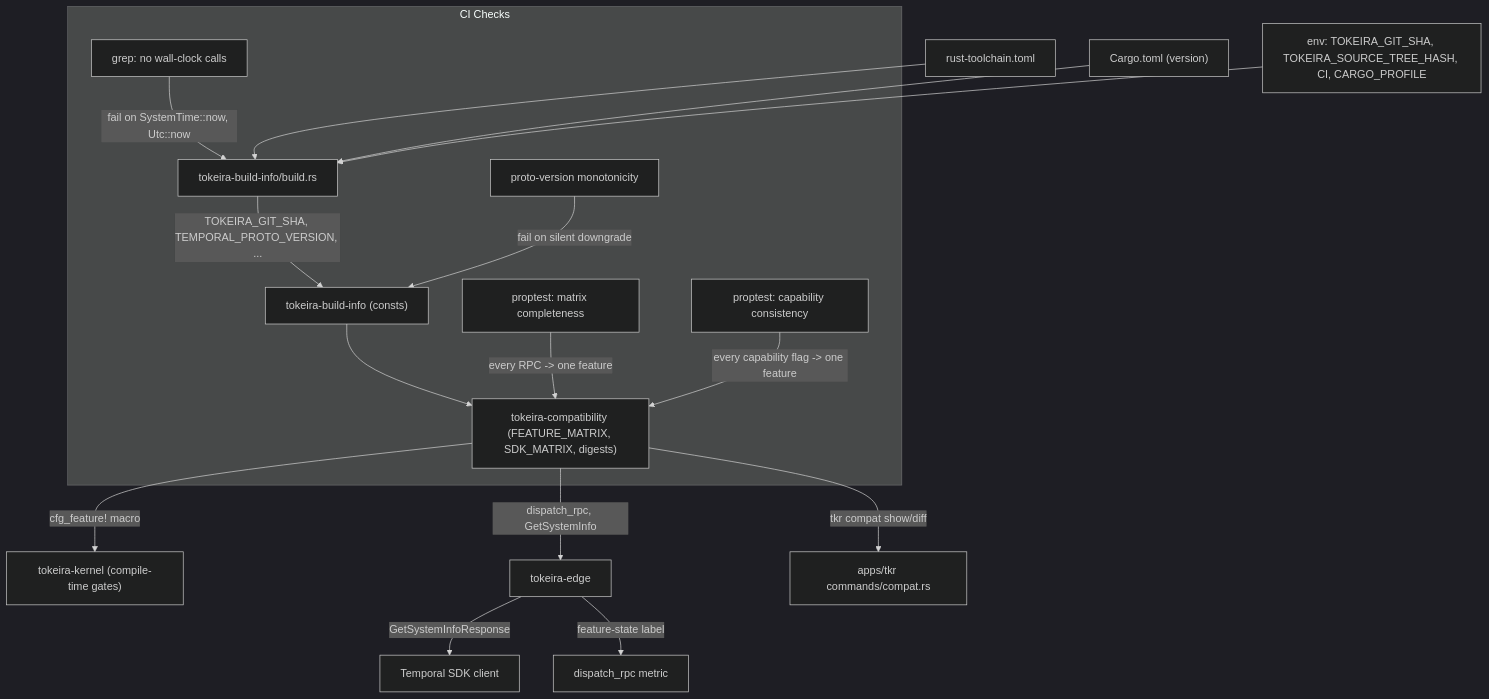
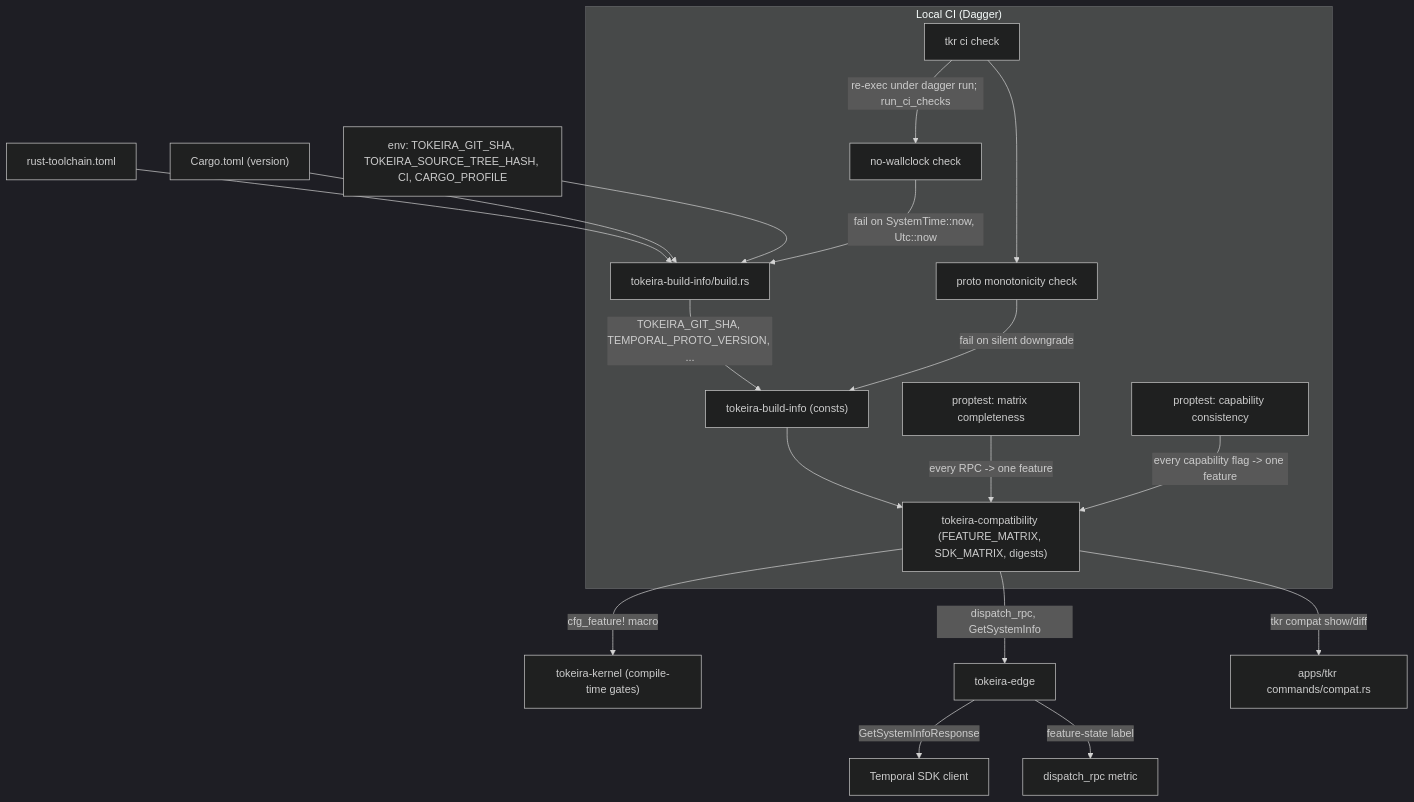
The diagram in .kiro/specs/temporal-compatibility/design.md (tokeira/tokeira), drawn with Mermaid (dark theme) before and after one commit. The commit also changed other lines of this file and 2 other files, not shown here.

````diff
--- a/.kiro/specs/temporal-compatibility/design.md
+++ b/.kiro/specs/temporal-compatibility/design.md
@@ -27,22 +27,24 @@
 ```mermaid
 graph TD
     BuildRs["tokeira-build-info/build.rs"] -->|"TOKEIRA_GIT_SHA, TEMPORAL_PROTO_VERSION, ..."| BuildInfo["tokeira-build-info (consts)"]
     RustToolchain["rust-toolchain.toml"] --> BuildRs
     CargoToml["Cargo.toml (version)"] --> BuildRs
     EnvVars["env: TOKEIRA_GIT_SHA, TOKEIRA_SOURCE_TREE_HASH, CI, CARGO_PROFILE"] --> BuildRs
 
     BuildInfo --> Compat["tokeira-compatibility (FEATURE_MATRIX, SDK_MATRIX, digests)"]
     Compat -->|"cfg_feature! macro"| Kernel["tokeira-kernel (compile-time gates)"]
     Compat -->|"dispatch_rpc, GetSystemInfo"| Edge["tokeira-edge"]
     Compat -->|"tkr compat show/diff"| CLI["apps/tkr commands/compat.rs"]
 
     Edge -->|"GetSystemInfoResponse"| SdkClient["Temporal SDK client"]
     Edge -->|"feature-state label"| Metrics["dispatch_rpc metric"]
 
-    subgraph "CI Checks"
-      GrepCheck["grep: no wall-clock calls"] -->|"fail on SystemTime::now, Utc::now"| BuildRs
-      MonotonicCheck["proto-version monotonicity"] -->|"fail on silent downgrade"| BuildInfo
+    subgraph "Local CI (Dagger)"
+      GrepCheck["no-wallclock check"] -->|"fail on SystemTime::now, Utc::now"| BuildRs
+      MonotonicCheck["proto monotonicity check"] -->|"fail on silent downgrade"| BuildInfo
+      CliCi["tkr ci check"] -->|"re-exec under dagger run; run_ci_checks"| GrepCheck
+      CliCi --> MonotonicCheck
       CompletenessTest["proptest: matrix completeness"] -->|"every RPC -> one feature"| Compat
       HandshakeTest["proptest: capability consistency"] -->|"every capability flag -> one feature"| Compat
     end
 ```
````
